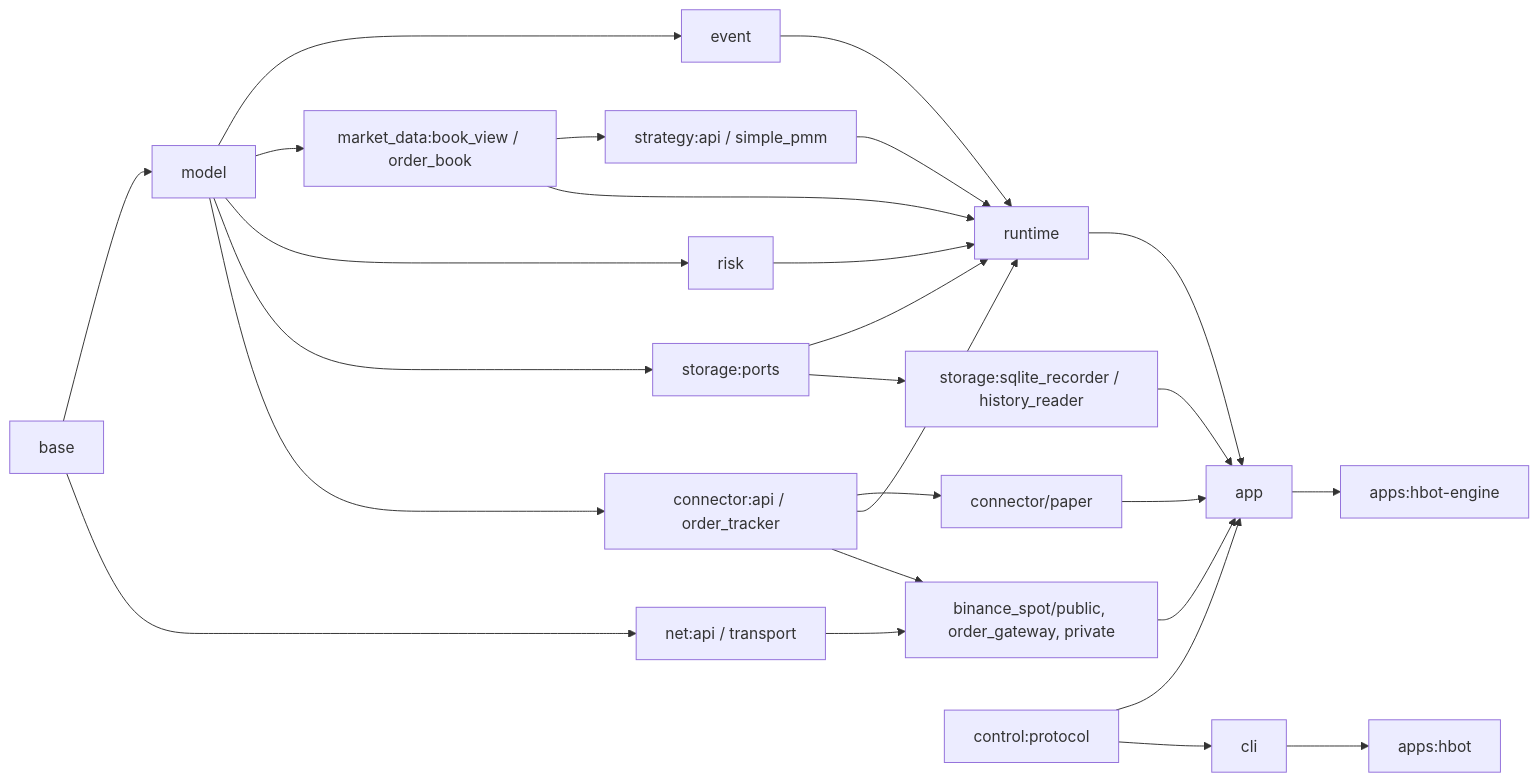
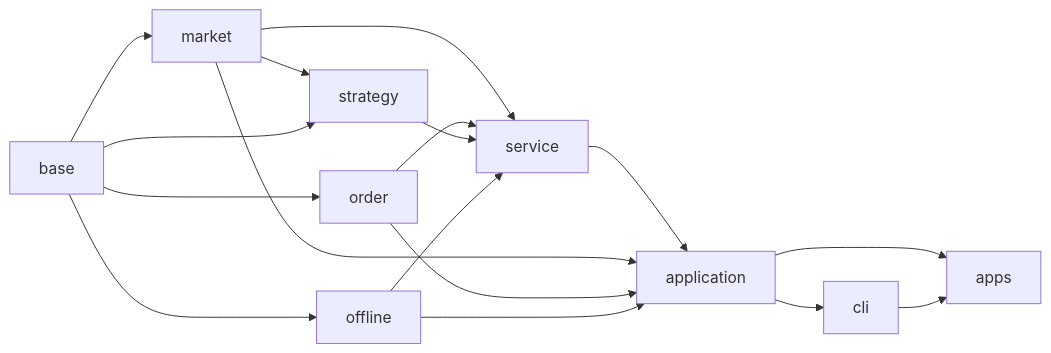
One commit to larrystd/hbot-quant changed the diagram in docs/STRUCTURE_AND_TYPES.md. Above: the diagram before and after it, drawn with Mermaid. The commit also changed other lines of this file and 312 other files, not shown here.

````diff
--- a/docs/STRUCTURE_AND_TYPES.md
+++ b/docs/STRUCTURE_AND_TYPES.md
@@ -95,27 +63,19 @@
 ```mermaid
 flowchart LR
-    BASE["base"] --> MODEL["model"] --> EVENT["event"]
-    MODEL --> BOOK["market_data:book_view / order_book"]
-    MODEL --> RISK["risk"]
-    MODEL --> PORTS["storage:ports"]
-    MODEL --> CAPI["connector:api / order_tracker"]
-    BOOK --> SAPI["strategy:api / simple_pmm"]
-    CAPI --> PAPER["connector/paper"]
-    BASE --> NET["net:api / transport"]
-    EVENT --> RUNTIME["runtime"]
-    BOOK --> RUNTIME
-    SAPI --> RUNTIME
-    RISK --> RUNTIME
-    CAPI --> RUNTIME
-    PORTS --> RUNTIME
-    NET --> BINANCE["binance_spot/public, order_gateway, private"]
-    CAPI --> BINANCE
-    RUNTIME --> APP["app"]
-    PAPER --> APP
-    BINANCE --> APP
-    PORTS --> SQL["storage:sqlite_recorder / history_reader"] --> APP
-    CTRL["control:protocol"] --> APP
-    CTRL --> CLI["cli"]
-    APP --> ENGINE["apps:hbot-engine"]
-    CLI --> FRONT["apps:hbot"]
+    BASE["base"] --> MARKET["market"]
+    BASE --> ORDER["order"]
+    BASE --> OFFLINE["offline"]
+    MARKET --> STRATEGY["strategy"]
+    BASE --> STRATEGY
+    MARKET --> SERVICE["service"]
+    ORDER --> SERVICE
+    STRATEGY --> SERVICE
+    OFFLINE --> SERVICE
+    SERVICE --> APPLICATION["application"]
+    MARKET --> APPLICATION
+    ORDER --> APPLICATION
+    OFFLINE --> APPLICATION
+    APPLICATION --> APPS["apps"]
+    APPLICATION --> CLI["cli"]
+    CLI --> APPS
 ```
````
